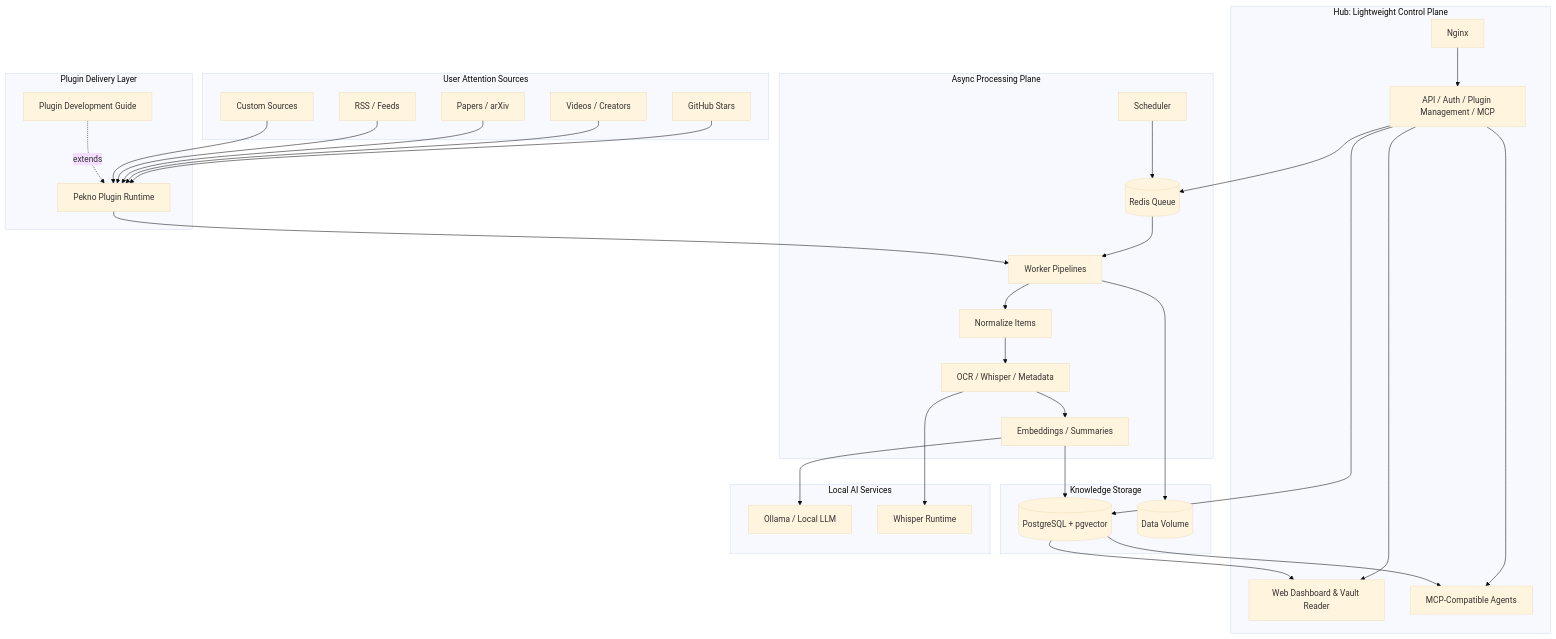
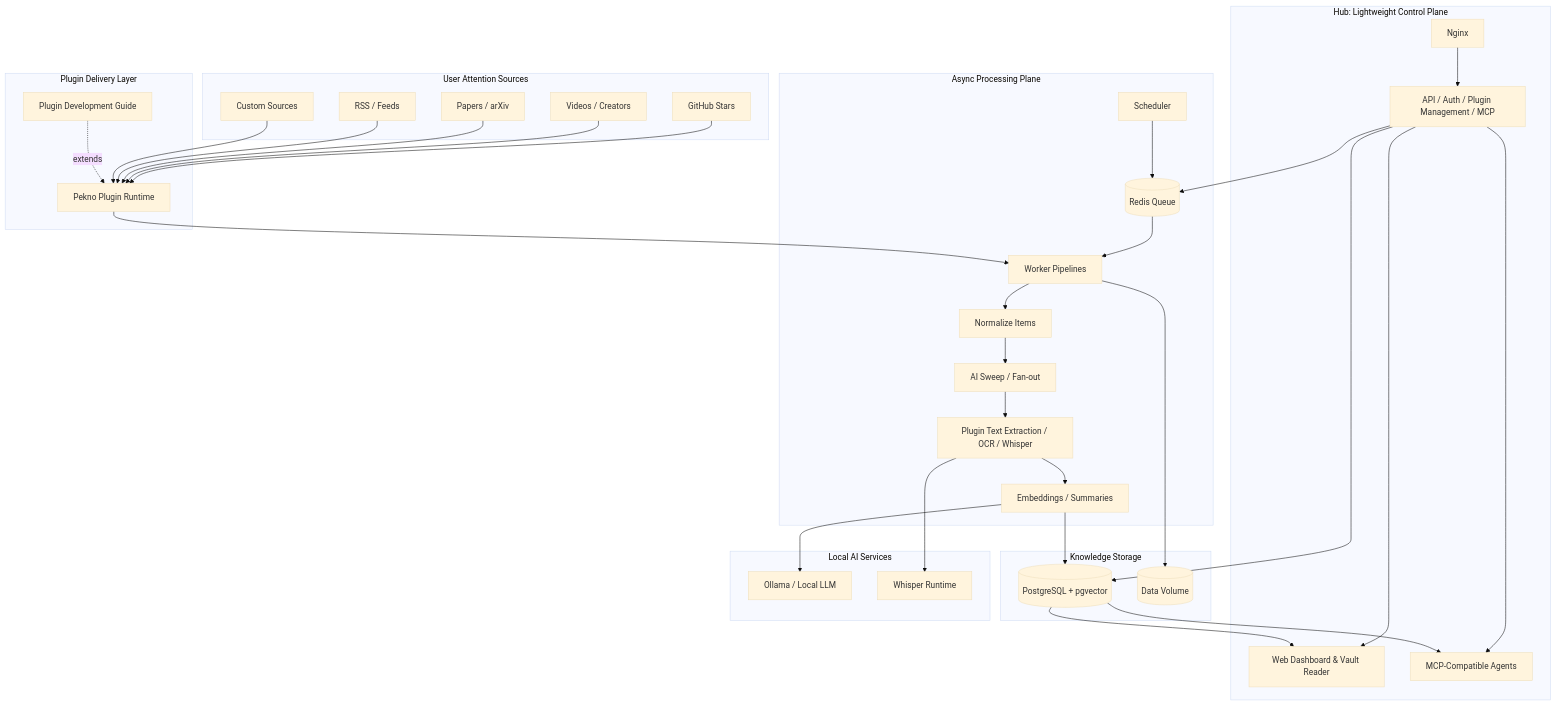
Before and after one commit to Sat1n/Pekno: the diagram in README.md, drawn with Mermaid (base theme). The commit also changed other lines of this file and 3 other files, not shown here.

Commit message:
docs: update v0.2.0 architecture notes

````diff
--- a/README.md
+++ b/README.md
@@ -165,65 +169,66 @@
 ```mermaid
 flowchart TB
     subgraph Inputs["User Attention Sources"]
         GitHub[GitHub Stars]
         Video[Videos / Creators]
         Papers[Papers / arXiv]
         Feeds[RSS / Feeds]
         Custom[Custom Sources]
     end
 
     subgraph Plugins["Plugin Delivery Layer"]
         PluginRuntime[Pekno Plugin Runtime]
         PluginGuide["Plugin Development Guide"]
     end
 
     subgraph Control["Hub: Lightweight Control Plane"]
         Nginx[Nginx]
         Hub[API / Auth / Plugin Management / MCP]
         Web[Web Dashboard & Vault Reader]
         Agent[MCP-Compatible Agents]
     end
 
     subgraph Async["Async Processing Plane"]
         Scheduler[Scheduler]
         Redis[(Redis Queue)]
         Worker[Worker Pipelines]
         Normalize[Normalize Items]
-        Enrich[OCR / Whisper / Metadata]
+        Sweep[AI Sweep / Fan-out]
+        Enrich[Plugin Text Extraction / OCR / Whisper]
         Embed[Embeddings / Summaries]
     end
 
     subgraph Storage["Knowledge Storage"]
         Postgres[(PostgreSQL + pgvector)]
         Data[(Data Volume)]
     end
 
     subgraph AI["Local AI Services"]
         Ollama[Ollama / Local LLM]
         Whisper[Whisper Runtime]
     end
 
     GitHub --> PluginRuntime
     Video --> PluginRuntime
     Papers --> PluginRuntime
     Feeds --> PluginRuntime
     Custom --> PluginRuntime
     PluginGuide -. extends .-> PluginRuntime
 
     Nginx --> Hub
     Hub --> Web
     Hub --> Agent
     Hub --> Postgres
     Hub --> Redis
     Scheduler --> Redis
 
     Redis --> Worker
     PluginRuntime --> Worker
-    Worker --> Normalize --> Enrich --> Embed --> Postgres
+    Worker --> Normalize --> Sweep --> Enrich --> Embed --> Postgres
     Worker --> Data
     Enrich --> Whisper
     Embed --> Ollama
 
     Postgres --> Web
     Postgres --> Agent
 ```
````
